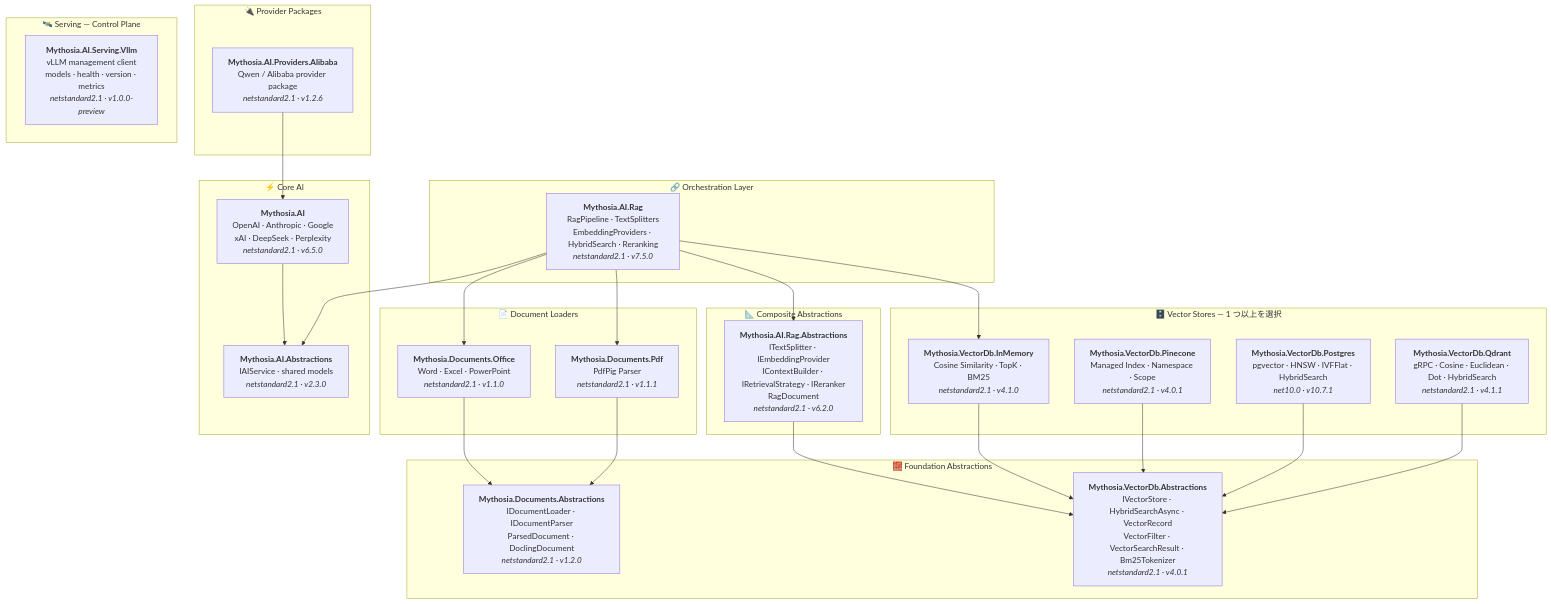
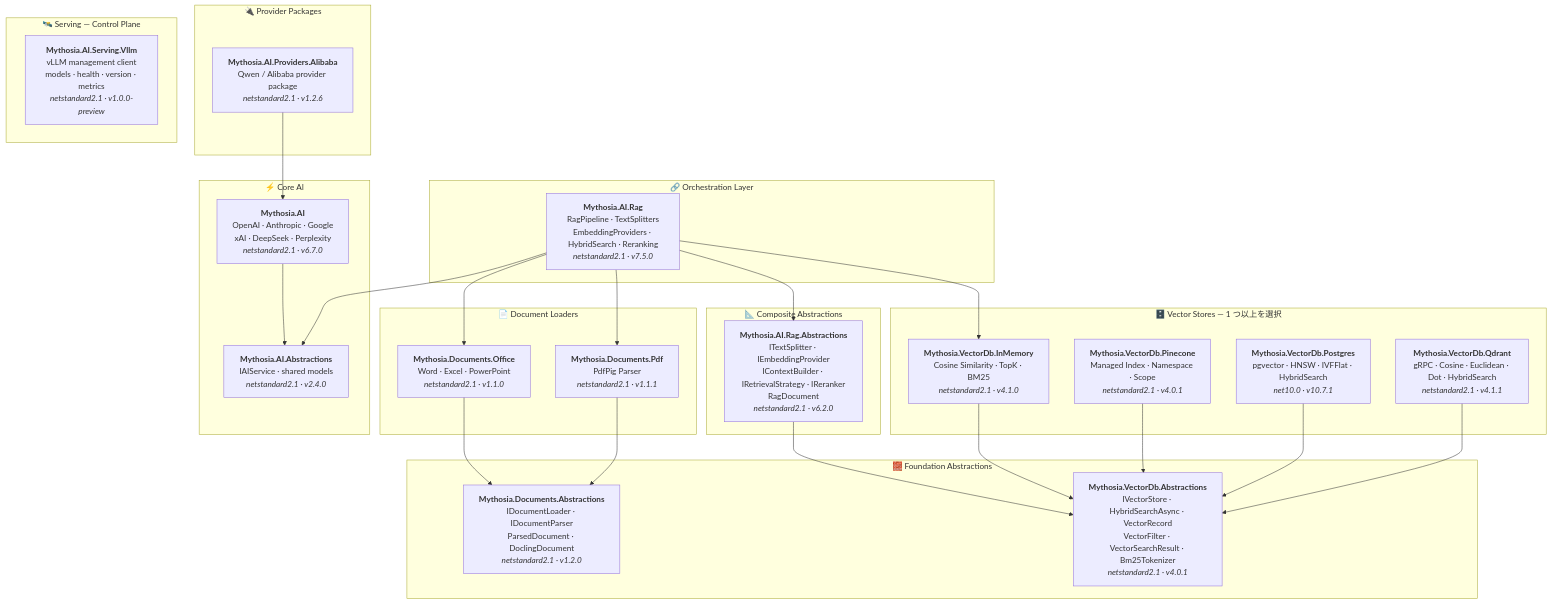
The diagram in docs/ja/README.md (AJ-comp/Mythosia.AI), drawn with Mermaid before and after one commit. The commit also changed 33 other files, not shown here.

````diff
--- a/docs/ja/README.md
+++ b/docs/ja/README.md
@@ -48,66 +48,66 @@
 ```mermaid
 graph TD
     subgraph "🔗 Orchestration Layer"
         Rag["<b>Mythosia.AI.Rag</b><br/>RagPipeline · TextSplitters<br/>EmbeddingProviders · HybridSearch · Reranking<br/><i>netstandard2.1 · v7.5.0</i>"]
     end
 
     subgraph "⚡ Core AI"
-        AI["<b>Mythosia.AI</b><br/>OpenAI · Anthropic · Google<br/>xAI · DeepSeek · Perplexity<br/><i>netstandard2.1 · v6.5.0</i>"]
-        AIAbs["<b>Mythosia.AI.Abstractions</b><br/>IAIService · shared models<br/><i>netstandard2.1 · v2.3.0</i>"]
+        AI["<b>Mythosia.AI</b><br/>OpenAI · Anthropic · Google<br/>xAI · DeepSeek · Perplexity<br/><i>netstandard2.1 · v6.7.0</i>"]
+        AIAbs["<b>Mythosia.AI.Abstractions</b><br/>IAIService · shared models<br/><i>netstandard2.1 · v2.4.0</i>"]
     end
 
     subgraph "🔌 Provider Packages"
         Alibaba["<b>Mythosia.AI.Providers.Alibaba</b><br/>Qwen / Alibaba provider package<br/><i>netstandard2.1 · v1.2.6</i>"]
     end
 
     subgraph "🛰️ Serving — Control Plane"
         VllmServing["<b>Mythosia.AI.Serving.Vllm</b><br/>vLLM management client<br/>models · health · version · metrics<br/><i>netstandard2.1 · v1.0.0-preview</i>"]
     end
 
     subgraph "📄 Document Loaders"
         Office["<b>Mythosia.Documents.Office</b><br/>Word · Excel · PowerPoint<br/><i>netstandard2.1 · v1.1.0</i>"]
         Pdf["<b>Mythosia.Documents.Pdf</b><br/>PdfPig Parser<br/><i>netstandard2.1 · v1.1.1</i>"]
     end
 
     subgraph "📐 Composite Abstractions"
         RagAbs["<b>Mythosia.AI.Rag.Abstractions</b><br/>ITextSplitter · IEmbeddingProvider<br/>IContextBuilder · IRetrievalStrategy · IReranker<br/>RagDocument<br/><i>netstandard2.1 · v6.2.0</i>"]
     end
 
     subgraph "🗄️ Vector Stores — 1 つ以上を選択"
         InMem["<b>Mythosia.VectorDb.InMemory</b><br/>Cosine Similarity · TopK · BM25<br/><i>netstandard2.1 · v4.1.0</i>"]
         Pine["<b>Mythosia.VectorDb.Pinecone</b><br/>Managed Index · Namespace · Scope<br/><i>netstandard2.1 · v4.0.1</i>"]
         Pg["<b>Mythosia.VectorDb.Postgres</b><br/>pgvector · HNSW · IVFFlat · HybridSearch<br/><i>net10.0 · v10.7.1</i>"]
         Qd["<b>Mythosia.VectorDb.Qdrant</b><br/>gRPC · Cosine · Euclidean · Dot · HybridSearch<br/><i>netstandard2.1 · v4.1.1</i>"]
     end
 
     subgraph "🧱 Foundation Abstractions"
         LoaderAbs["<b>Mythosia.Documents.Abstractions</b><br/>IDocumentLoader · IDocumentParser<br/>ParsedDocument · DoclingDocument<br/><i>netstandard2.1 · v1.2.0</i>"]
         VdbAbs["<b>Mythosia.VectorDb.Abstractions</b><br/>IVectorStore · HybridSearchAsync · VectorRecord<br/>VectorFilter · VectorSearchResult · Bm25Tokenizer<br/><i>netstandard2.1 · v4.0.1</i>"]
     end
 
     %% Core AI internal
     AI --> AIAbs
 
     %% Orchestration → dependencies
     Rag --> AIAbs
     Rag --> Office
     Rag --> Pdf
     Rag --> RagAbs
     Rag --> InMem
 
     %% Provider packages → core
     Alibaba --> AI
 
     %% Composite → Foundation
     RagAbs --> VdbAbs
 
     %% Loaders → Foundation
     Office --> LoaderAbs
     Pdf --> LoaderAbs
 
     %% VectorStores → Foundation
     InMem --> VdbAbs
     Pine --> VdbAbs
     Pg --> VdbAbs
     Qd --> VdbAbs
 ```
````
